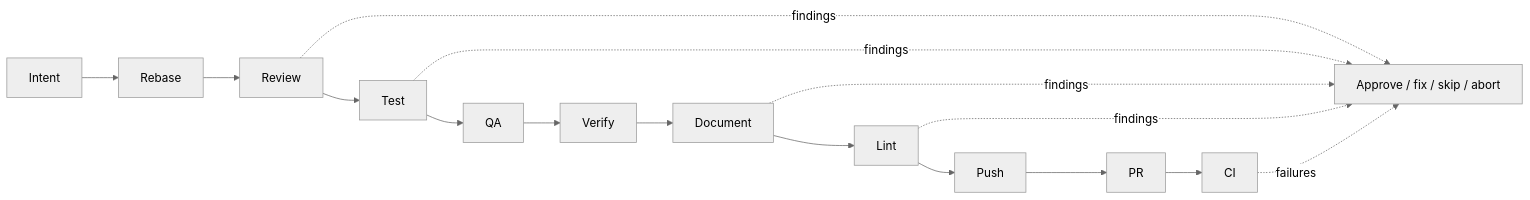
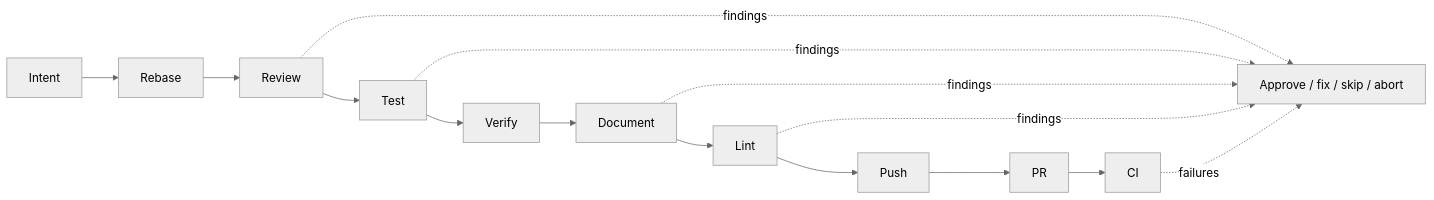
One commit to haozhenfei/no-mistakes changed the diagram in docs/src/content/docs/concepts/pipeline.md. Above: the diagram before and after it, drawn with Mermaid (neutral theme). The commit also changed other lines of this file and 29 other files, not shown here.

````diff
--- a/docs/src/content/docs/concepts/pipeline.md
+++ b/docs/src/content/docs/concepts/pipeline.md
@@ -12,9 +12,9 @@
 ```mermaid
 flowchart LR
-  intent["Intent"] --> rebase["Rebase"] --> review["Review"] --> test["Test"] --> qa["QA"] --> verify["Verify"] --> document["Document"] --> lint["Lint"] --> push["Push"] --> pr["PR"] --> ci["CI"]
+  intent["Intent"] --> rebase["Rebase"] --> review["Review"] --> test["Test"] --> verify["Verify"] --> document["Document"] --> lint["Lint"] --> push["Push"] --> pr["PR"] --> ci["CI"]
   review -. findings .-> action["Approve / fix / skip / abort"]
   test -. findings .-> action
   document -. findings .-> action
   lint -. findings .-> action
   ci -. failures .-> action
 ```
````
